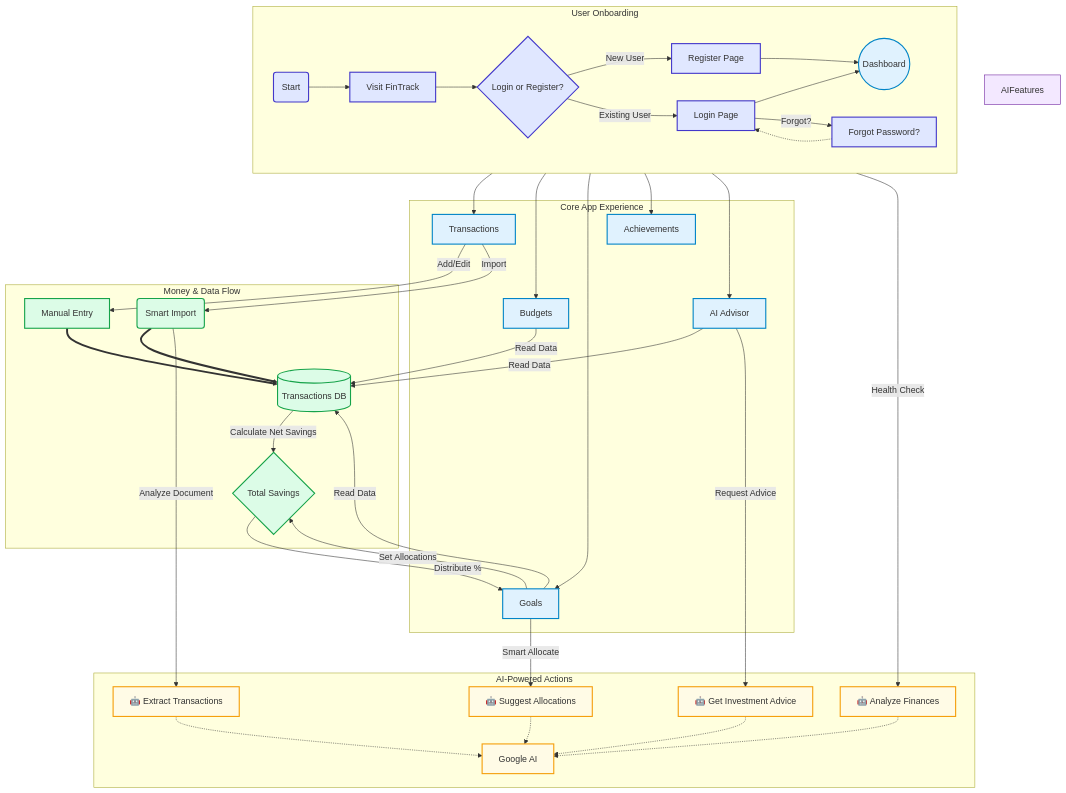
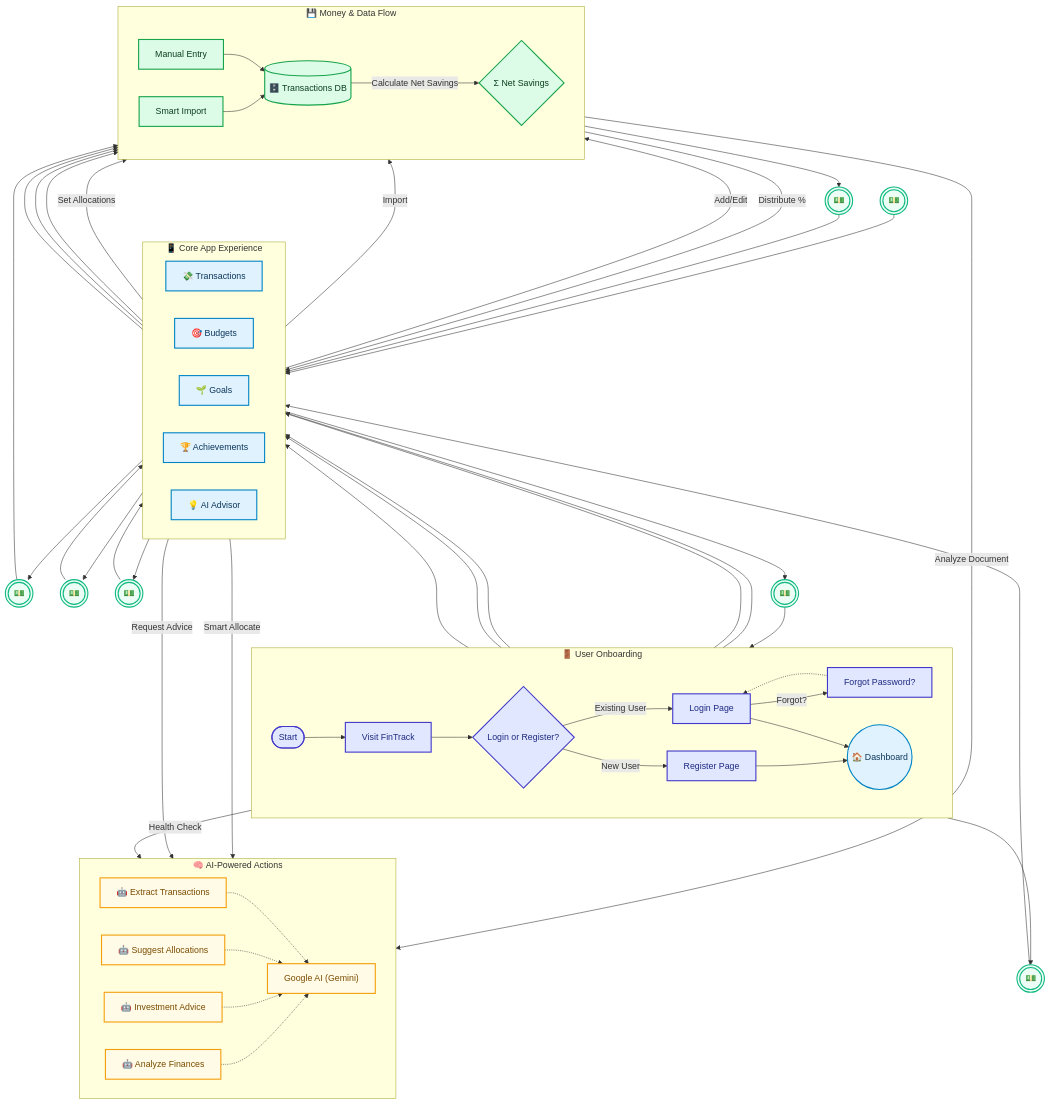
The diagram in README.md (Shivrastogi004/FinTrack_Financial_Tracking_Platform), drawn with Mermaid before and after one commit. The commit also changed other lines of this file, not shown here.

````diff
--- a/README.md
+++ b/README.md
@@ -41,56 +41,102 @@
 ```mermaid
-graph TD
-    subgraph "User Onboarding"
-        direction LR
-        A(Start) --> B[Visit FinTrack];
-        B --> C{Login or Register?};
-        C -- "New User" --> D[Register Page];
-        C -- "Existing User" --> E[Login Page];
-        D --> F((Dashboard));
-        E --> F;
-        E -- "Forgot?" --> Pw[Forgot Password?];
-        Pw -.-> E;
-    end
+flowchart TD
 
-    subgraph "Core App Experience"
-        F --> G[Transactions];
-        F --> H[Budgets];
-        F --> I[Goals];
-        F --> J[Achievements];
-        F --> K[AI Advisor];
-    end
+%% =========================
+%% USER ONBOARDING
+%% =========================
+  subgraph Onboarding["🚪 User Onboarding"]
+    direction LR
+    A([Start]) --> B[Visit FinTrack]
+    B --> C{Login or Register?}
+    C -- "New User" --> D[Register Page]
+    C -- "Existing User" --> E[Login Page]
+    E -- "Forgot?" --> Pw[Forgot Password?]
+    Pw -.-> E
+    D --> F((🏠 Dashboard))
+    E --> F
+  end
 
-    subgraph "Money & Data Flow"
-        G -- "Add/Edit" --> T1[Manual Entry];
-        G -- "Import" --> T2(Smart Import);
-        T1 & T2 ==> TX_DB[(Transactions DB)];
-        
-        TX_DB -- "Calculate Net Savings" --> S{Total Savings};
-        I -- "Set Allocations" --> S;
-        S -- "Distribute %" --> I;
-        
-        H & I & K -- "Read Data" --> TX_DB;
-    end
+%% =========================
+%% CORE EXPERIENCE
+%% =========================
+  subgraph Core["📱 Core App Experience"]
+    direction LR
+    F --> G[💸 Transactions]
+    F --> H[🎯 Budgets]
+    F --> I[🌱 Goals]
+    F --> J[🏆 Achievements]
+    F --> K[💡 AI Advisor]
+  end
 
-    subgraph "AI-Powered Actions"
-        style AIFeatures fill:#f3e8ff,stroke:#6A1B9A
-        T2 -- "Analyze Document" --> AI1["🤖 Extract Transactions"];
-        I -- "Smart Allocate" --> AI2["🤖 Suggest Allocations"];
-        K -- "Request Advice" --> AI3["🤖 Get Investment Advice"];
-        F -- "Health Check" --> AI4["🤖 Analyze Finances"];
-        
-        AI1 & AI2 & AI3 & AI4 -.-> Gemini["Google AI"];
-    end
+%% =========================
+%% MONEY & DATA FLOW
+%% =========================
+  subgraph Data["💾 Money & Data Flow"]
+    direction LR
+    G -- "Add/Edit" --> T1[Manual Entry]
+    G -- "Import" --> T2[Smart Import]
+    T1 --> TX_DB[(🗄️ Transactions DB)]
+    T2 --> TX_DB
 
-    classDef core fill:#e0f2fe,stroke:#0284c7,stroke-width:2px;
-    class F,G,H,I,J,K core;
-    
-    classDef auth fill:#e0e7ff,stroke:#4338ca,stroke-width:2px;
-    class A,B,C,D,E,Pw auth;
-    
-    classDef money fill:#dcfce7,stroke:#16a34a,stroke-width:2px;
-    class T1,T2,TX_DB,S money;
-    
-    classDef ai fill:#fffbe6,stroke:#f59e0b,stroke-width:2px;
-    class AI1,AI2,AI3,AI4,Gemini ai;
+    TX_DB -- "Calculate Net Savings" --> S{Σ Net Savings}
+    I -- "Set Allocations" --> S
+    S -- "Distribute %" --> I
+
+    H --> TX_DB
+    I --> TX_DB
+    K --> TX_DB
+  end
+
+%% =========================
+%% AI-POWERED ACTIONS
+%% =========================
+  subgraph AIFeatures["🧠 AI-Powered Actions"]
+    direction LR
+    T2 -- "Analyze Document" --> AI1["🤖 Extract Transactions"]
+    I  -- "Smart Allocate" --> AI2["🤖 Suggest Allocations"]
+    K  -- "Request Advice" --> AI3["🤖 Investment Advice"]
+    F  -- "Health Check" --> AI4["🤖 Analyze Finances"]
+    AI1 -.-> Gemini["Google AI (Gemini)"]
+    AI2 -.-> Gemini
+    AI3 -.-> Gemini
+    AI4 -.-> Gemini
+  end
+
+%% =========================
+%% 💸 FLOWING CASH STREAM (motion-like)
+%% =========================
+  %% Repeated money tokens looping through the core stages
+  M1(((💵))) --> G
+  G --> M2(((💵)))
+  M2 --> TX_DB
+  TX_DB --> M3(((💵)))
+  M3 --> H
+  H --> M4(((💵)))
+  M4 --> I
+  I --> M5(((💵)))
+  M5 --> K
+  K --> M6(((💵)))
+  M6 --> F
+  F --> M7(((💵)))
+  M7 --> G
+
+%% =========================
+%% CLASS STYLES (kept simple for GitHub compatibility)
+%% =========================
+  classDef core fill:#e0f2fe,stroke:#0284c7,stroke-width:2px,color:#0b365a;
+  class F,G,H,I,J,K core;
+
+  classDef auth fill:#e0e7ff,stroke:#4338ca,stroke-width:2px,color:#1f2a80;
+  class A,B,C,D,E,Pw auth;
+
+  classDef money fill:#dcfce7,stroke:#16a34a,stroke-width:2px,color:#0b3d1f;
+  class T1,T2,TX_DB,S money;
+
+  classDef ai fill:#fffbe6,stroke:#f59e0b,stroke-width:2px,color:#7a4b00;
+  class AI1,AI2,AI3,AI4,Gemini ai;
+
+  classDef token fill:#ecfdf5,stroke:#10b981,stroke-width:2px,color:#065f46;
+  class M1,M2,M3,M4,M5,M6,M7 token;
+
+
 ```
````
